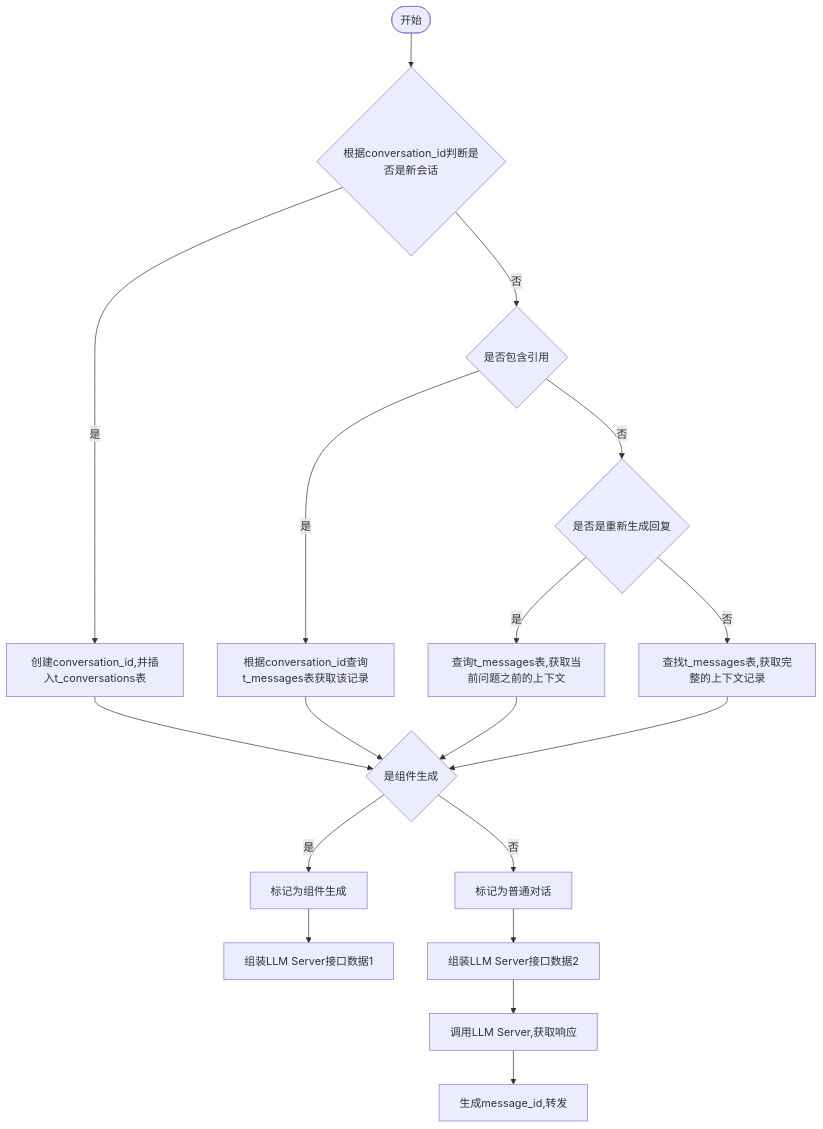
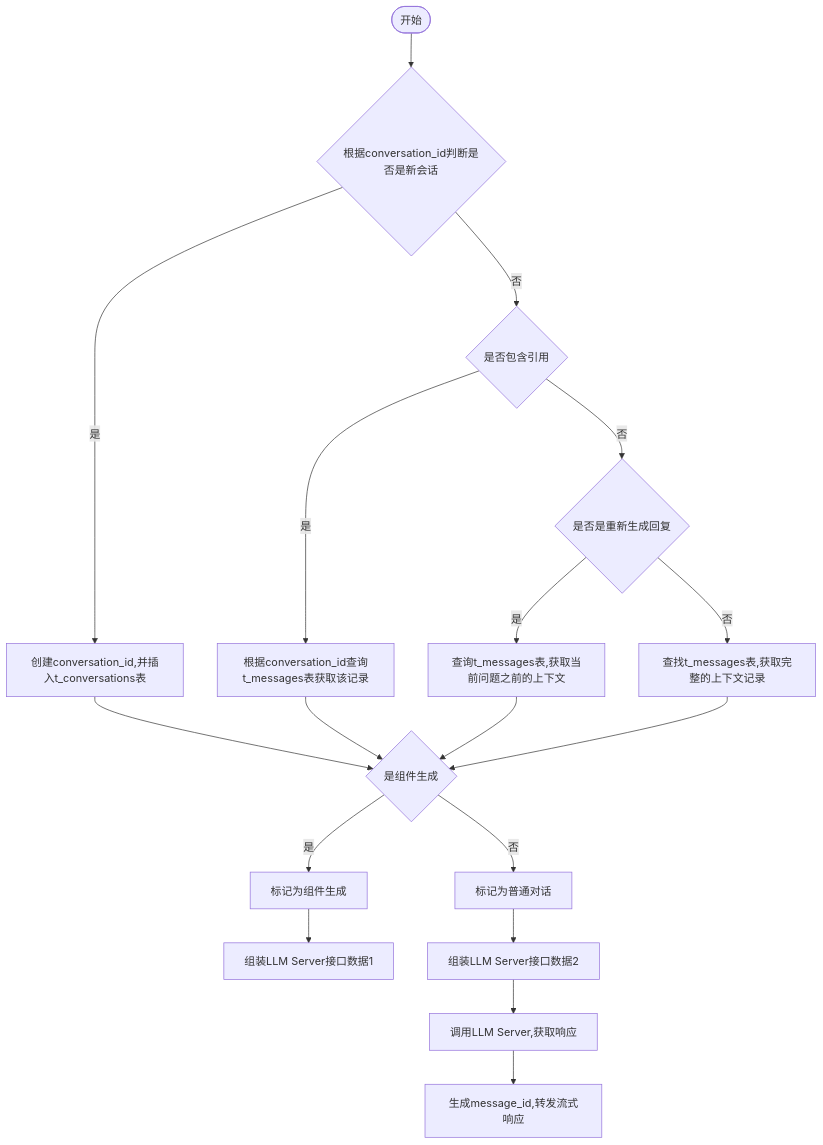
The diagram in all/未命名-7.md (yingjianzh/iodraw-files), drawn with Mermaid before and after one commit.

Commit message:
2024-10-12 14:31:24 update

````diff
--- a/all/未命名-7.md
+++ b/all/未命名-7.md
@@ -1,20 +1,20 @@
 ```mermaid
 flowchart TD
     A([开始]) --> B{根据conversation_id判断是否是新会话}
     B -- 是 --> C[创建conversation_id,并插入t_conversations表]
     B -- 否 --> D{是否包含引用}
     D -- 是 --> E[根据conversation_id查询t_messages表获取该记录]
     D -- 否 --> F{是否是重新生成回复}
     F -- 是 --> G[查询t_messages表,获取当前问题之前的上下文]
     F -- 否 --> H[查找t_messages表,获取完整的上下文记录]
      
     C & E & G & H --> I{是组件生成}
     I -- 是 --> J[标记为组件生成]
     I -- 否 --> K[标记为普通对话]
 
     J --> L[组装LLM Server接口数据1]    
     K --> M[组装LLM Server接口数据2]    
     M --> N[调用LLM Server,获取响应]    
-    N --> O[生成message_id,转发]
+    N --> O[生成message_id,转发流式响应]
 
 ```
````
